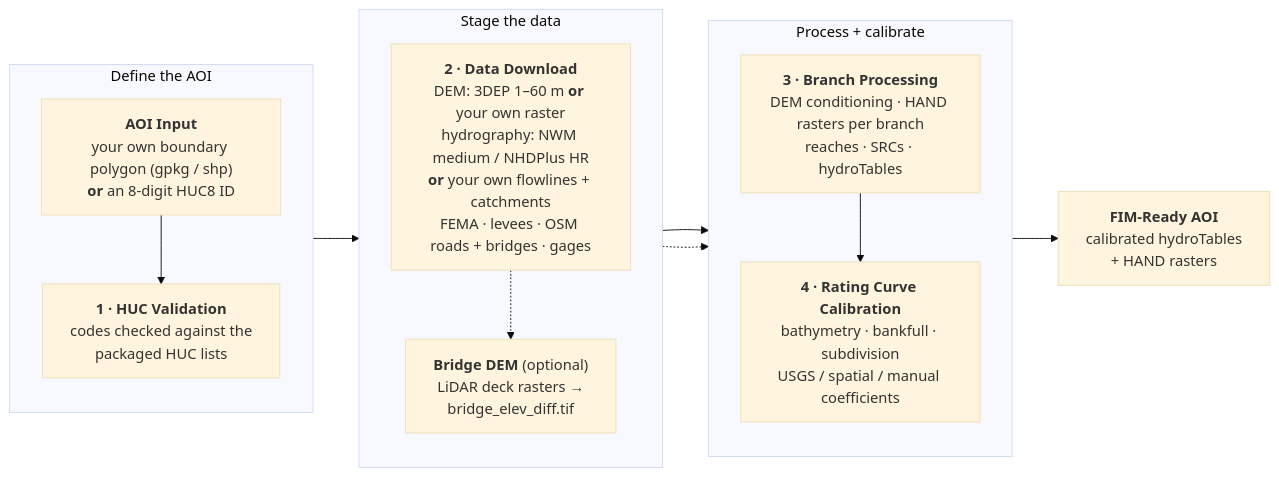
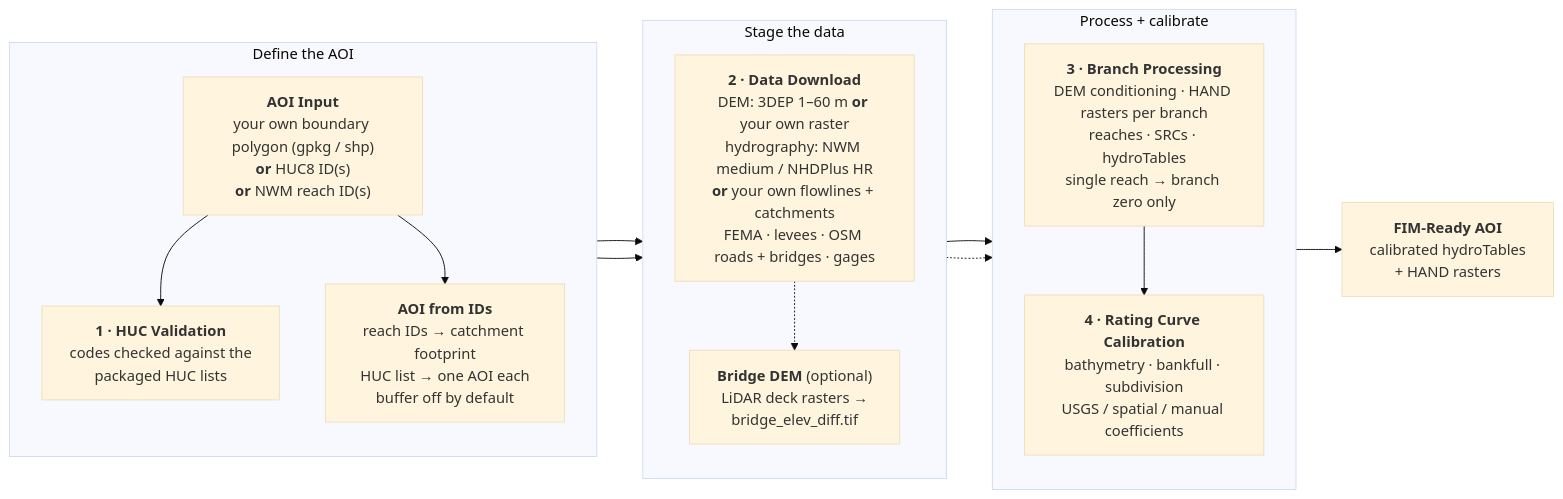
One commit to sdmlua/fimbox changed the diagram in workflows/preprocessing.mmd. Above: the diagram before and after it, drawn with Mermaid (base theme). The commit also changed 34 other files, not shown here.

Commit message:
added NWM reach level FIM generation

```diff
--- a/workflows/preprocessing.mmd
+++ b/workflows/preprocessing.mmd
@@ -1,24 +1,27 @@
 flowchart LR
     subgraph S1["Define the AOI"]
         direction TB
-        A["<b>AOI Input</b><br/>your own boundary polygon (gpkg / shp)<br/><b>or</b> an 8-digit HUC8 ID"]
+        A["<b>AOI Input</b><br/>your own boundary polygon (gpkg / shp)<br/><b>or</b> HUC8 ID(s)<br/><b>or</b> NWM reach ID(s)"]
         B["<b>1 &middot; HUC Validation</b><br/>codes checked against the<br/>packaged HUC lists"]
+        H["<b>AOI from IDs</b><br/>reach IDs &rarr; catchment footprint<br/>HUC list &rarr; one AOI each<br/>buffer off by default"]
         A --> B
+        A --> H
     end
     subgraph S2["Stage the data"]
         direction TB
         C["<b>2 &middot; Data Download</b><br/>DEM: 3DEP 1&ndash;60 m <b>or</b> your own raster<br/>hydrography: NWM medium / NHDPlus HR<br/><b>or</b> your own flowlines + catchments<br/>FEMA &middot; levees &middot; OSM roads + bridges &middot; gages"]
         G["<b>Bridge DEM</b> (optional)<br/>LiDAR deck rasters &rarr;<br/>bridge_elev_diff.tif"]
         C -.-> G
     end
     subgraph S3["Process + calibrate"]
         direction TB
-        D["<b>3 &middot; Branch Processing</b><br/>DEM conditioning &middot; HAND rasters per branch<br/>reaches &middot; SRCs &middot; hydroTables"]
+        D["<b>3 &middot; Branch Processing</b><br/>DEM conditioning &middot; HAND rasters per branch<br/>reaches &middot; SRCs &middot; hydroTables<br/>single reach &rarr; branch zero only"]
         E["<b>4 &middot; Rating Curve Calibration</b><br/>bathymetry &middot; bankfull &middot; subdivision<br/>USGS / spatial / manual coefficients"]
         D --> E
     end
     F["<b>FIM-Ready AOI</b><br/>calibrated hydroTables<br/>+ HAND rasters"]
     B --> C
+    H --> C
     C --> D
     G -.-> D
     E --> F
```
